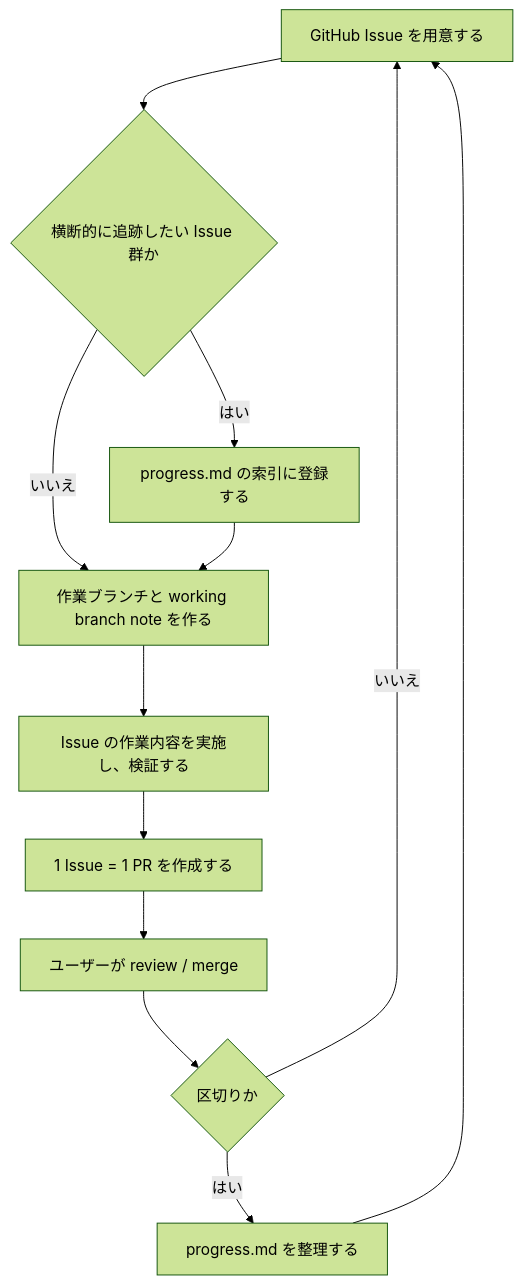
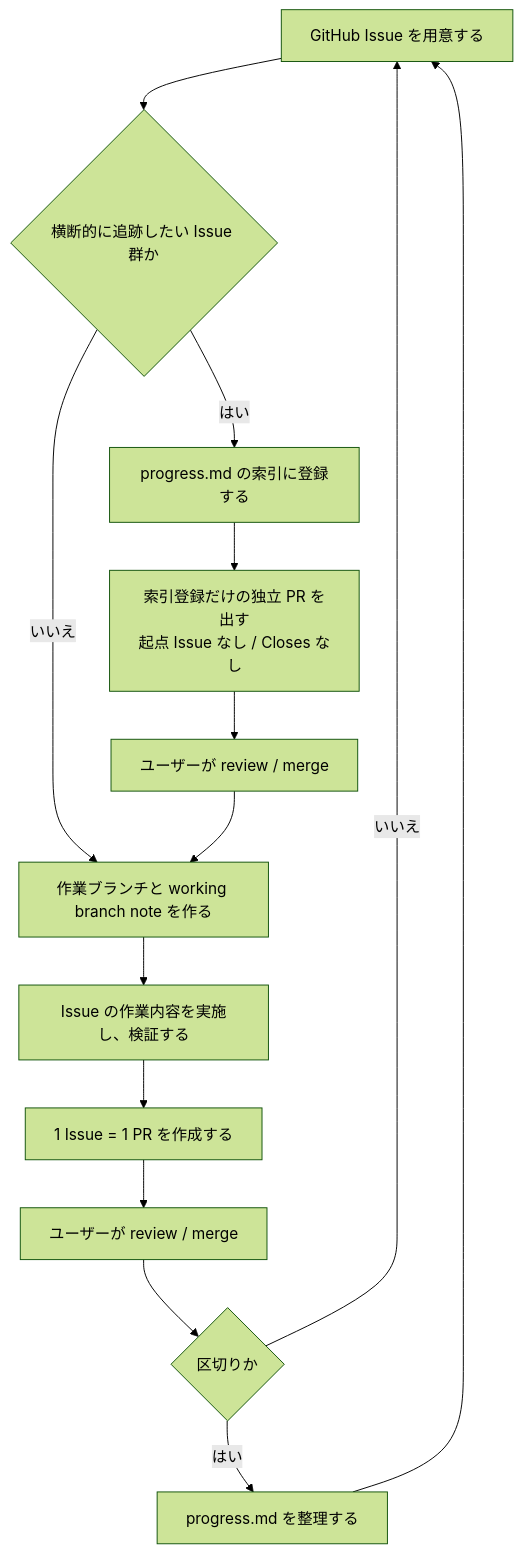
The diagram in doc/guidelines/development-loop.md (kiyohara/bizdate), drawn with Mermaid (forest theme) before and after one commit. The commit also changed other lines of this file and 1 other file, not shown here.

````diff
--- a/doc/guidelines/development-loop.md
+++ b/doc/guidelines/development-loop.md
@@ -17,14 +17,16 @@
 ```mermaid
 flowchart TD
     A["GitHub Issue を用意する"] --> B{"横断的に追跡したい Issue 群か"}
     B -- "はい" --> C["progress.md の索引に登録する"]
     B -- "いいえ" --> D["作業ブランチと working branch note を作る"]
-    C --> D
+    C --> C2["索引登録だけの独立 PR を出す<br/>起点 Issue なし / Closes なし"]
+    C2 --> C3["ユーザーが review / merge"]
+    C3 --> D
     D --> E["Issue の作業内容を実施し、検証する"]
     E --> F["1 Issue = 1 PR を作成する"]
     F --> G["ユーザーが review / merge"]
     G --> H{"区切りか"}
     H -- "はい" --> I["progress.md を整理する"]
     H -- "いいえ" --> A
     I --> A
 ```
````
